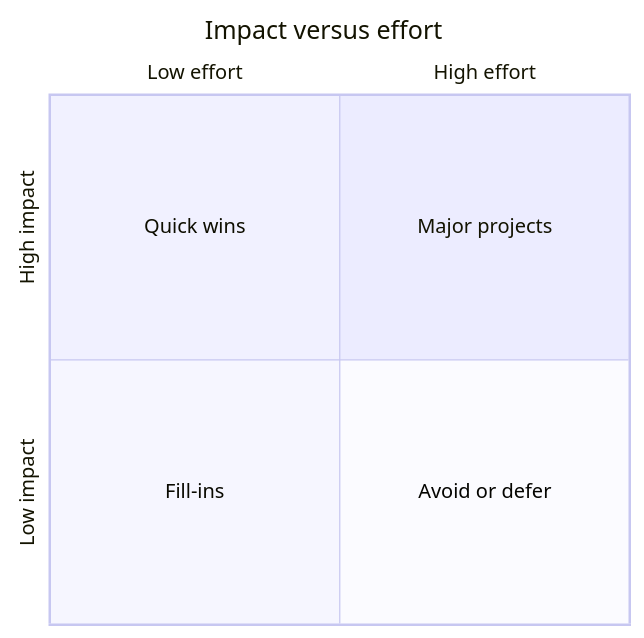
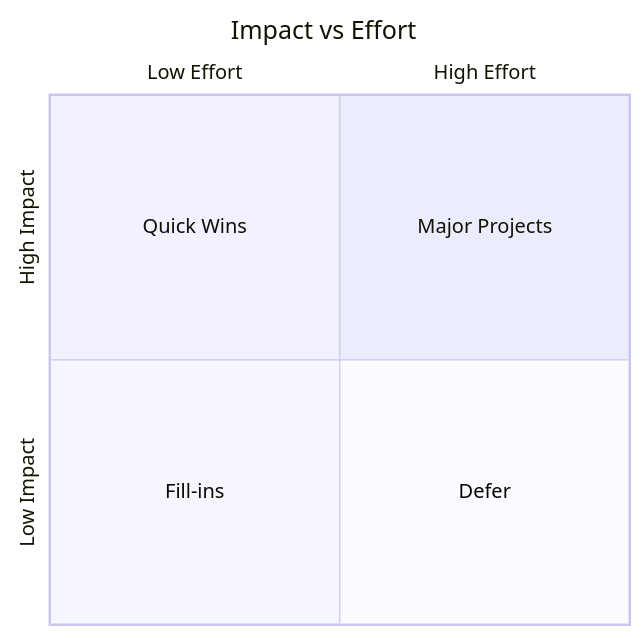
One commit to AvadhBhalodiya/Interview-Preparation changed the fourth of 8 diagrams in src/content/behavioral/prioritization-tradeoffs.md. Above: the diagram before and after it, drawn with Mermaid. The commit also changed other lines of this file and 54 other files, not shown here.

````diff
--- a/src/content/behavioral/prioritization-tradeoffs.md
+++ b/src/content/behavioral/prioritization-tradeoffs.md
@@ -175,10 +180,10 @@
 ```mermaid
 quadrantChart
-    title Impact versus effort
-    x-axis Low effort --> High effort
-    y-axis Low impact --> High impact
-    quadrant-1 Major projects
-    quadrant-2 Quick wins
+    title Impact vs Effort
+    x-axis Low Effort --> High Effort
+    y-axis Low Impact --> High Impact
+    quadrant-1 Major Projects
+    quadrant-2 Quick Wins
     quadrant-3 Fill-ins
-    quadrant-4 Avoid or defer
+    quadrant-4 Defer
 ```
````
